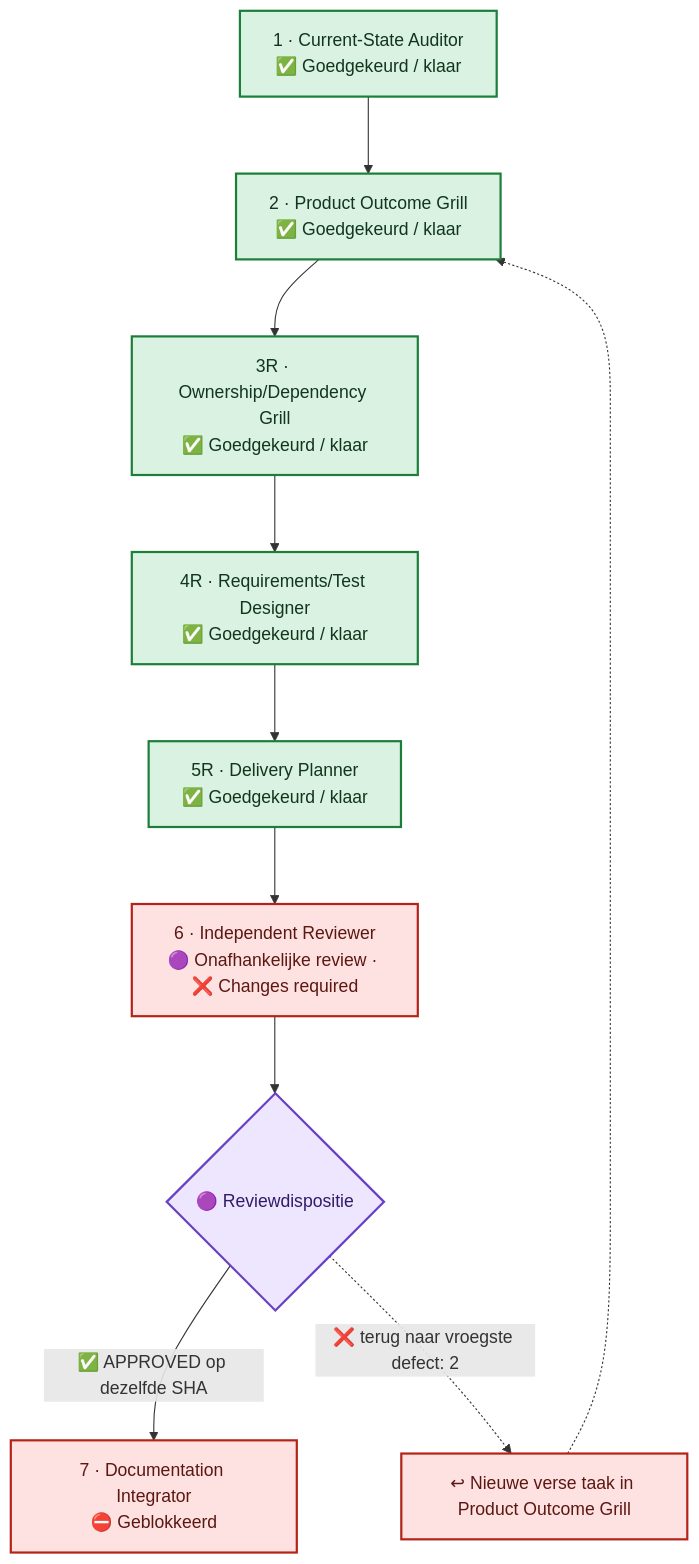
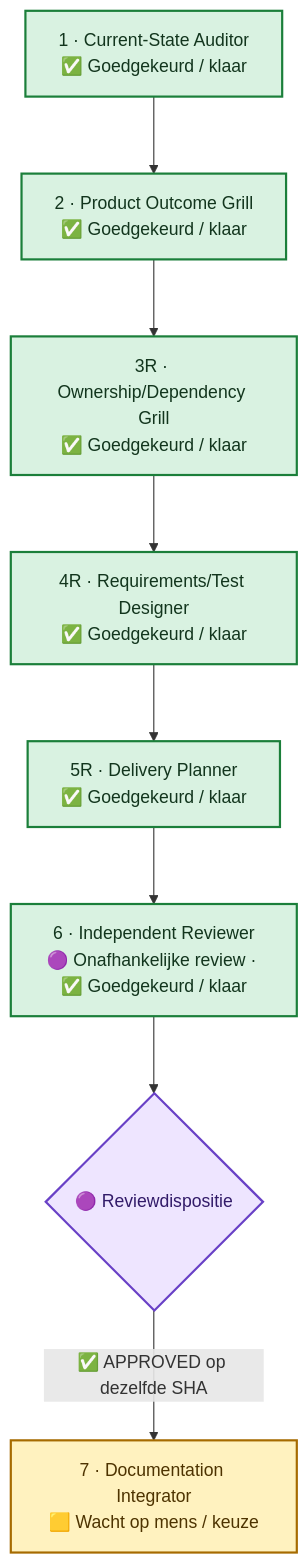
The diagram in flow.mmd (Jandesch91/n1-bioforge-requirements-cockpit), drawn with Mermaid before and after one commit. The commit also changed 4 other files, not shown here.

Commit message:
chore(cockpit): Phase 6 approved; awaiting an explicit human adoption decision

```diff
--- a/flow.mmd
+++ b/flow.mmd
@@ -1,32 +1,29 @@
 %%{init: {"flowchart": {"curve": "basis", "nodeSpacing": 60, "rankSpacing": 70, "htmlLabels": true}}}%%
 flowchart TB
     %% A vertical main lane prevents crossing arrows. The review return uses one side lane.
     phase_1["1 · Current-State Auditor<br/>✅ Goedgekeurd / klaar"]
     phase_2["2 · Product Outcome Grill<br/>✅ Goedgekeurd / klaar"]
     phase_3r["3R · Ownership/Dependency Grill<br/>✅ Goedgekeurd / klaar"]
     phase_4r["4R · Requirements/Test Designer<br/>✅ Goedgekeurd / klaar"]
     phase_5r["5R · Delivery Planner<br/>✅ Goedgekeurd / klaar"]
-    phase_6["6 · Independent Reviewer<br/>🟣 Onafhankelijke review · ❌ Changes required"]
-    phase_7["7 · Documentation Integrator<br/>⛔ Geblokkeerd"]
+    phase_6["6 · Independent Reviewer<br/>🟣 Onafhankelijke review · ✅ Goedgekeurd / klaar"]
+    phase_7["7 · Documentation Integrator<br/>🟨 Wacht op mens / keuze"]
     phase_1 --> phase_2 --> phase_3r --> phase_4r --> phase_5r --> phase_6
     review_decision{"🟣 Reviewdispositie"}
     phase_6 --> review_decision
     review_decision -->|"✅ APPROVED op dezelfde SHA"| phase_7
-    review_decision -.->|"❌ terug naar vroegste defect: 2"| return_lane["↩ Nieuwe verse taak in Product Outcome Grill"]
-    return_lane -.-> phase_2
     classDef approved fill:#D9F2E1,stroke:#1B7F3A,color:#12351D,stroke-width:2px
     classDef inprogress fill:#DCEBFF,stroke:#2463A6,color:#12304F,stroke-width:2px
     classDef human fill:#FFF2BF,stroke:#A66B00,color:#4D3300,stroke-width:2px
     classDef changes fill:#FDE2E1,stroke:#B42318,color:#5D1712,stroke-width:2px
     classDef blocked fill:#FDE2E1,stroke:#B42318,color:#5D1712,stroke-width:2px
     classDef notstarted fill:#F2F4F7,stroke:#667085,color:#344054,stroke-width:2px
     classDef review fill:#EEE5FF,stroke:#6941C6,color:#321B69,stroke-width:2px
     class phase_1 approved
     class phase_2 approved
     class phase_3r approved
     class phase_4r approved
     class phase_5r approved
-    class phase_6 changes
-    class phase_7 blocked
-    class return_lane blocked
+    class phase_6 approved
+    class phase_7 human
     class review_decision review
```
